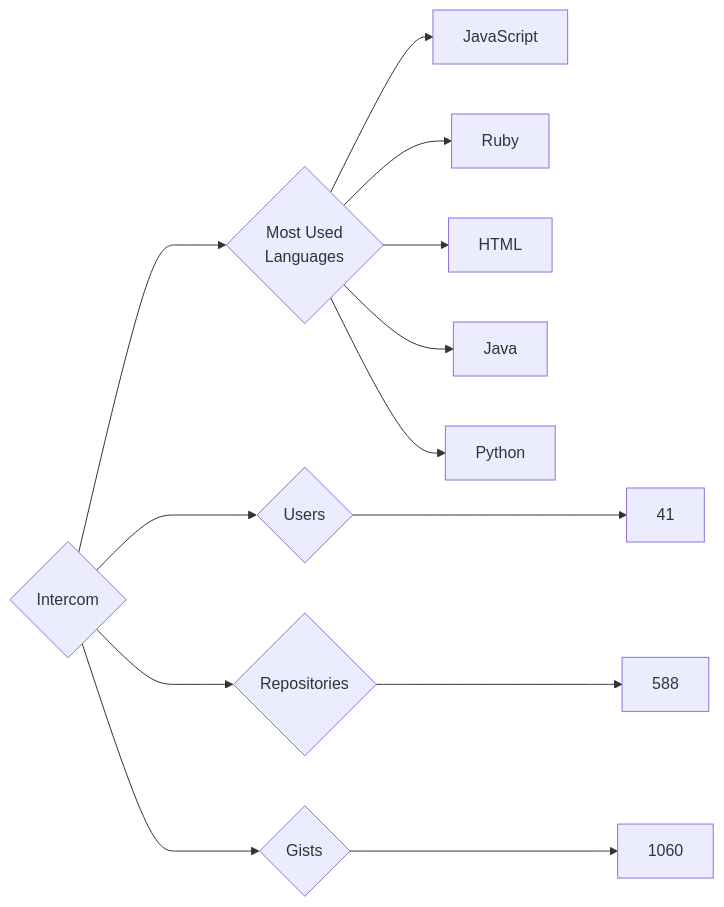
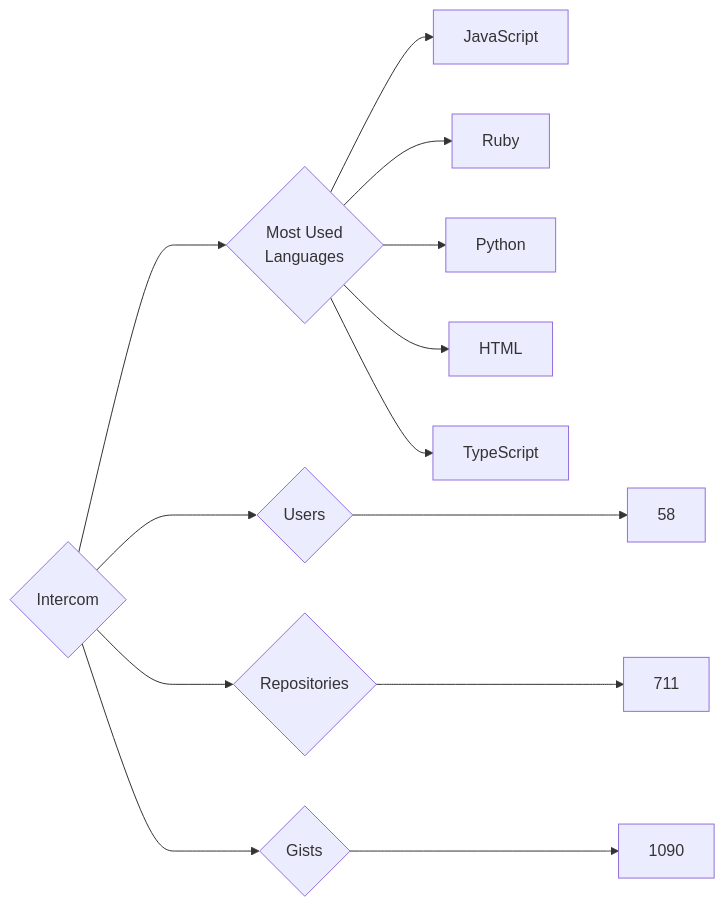
The diagram in targets/Intercom/README.md (trickest/insiders), drawn with Mermaid before and after one commit. The commit also changed 900 other files, not shown here.

````diff
--- a/targets/Intercom/README.md
+++ b/targets/Intercom/README.md
@@ -3,13 +3,13 @@
 ```mermaid
 graph LR
 COMPANY_NAME{Intercom}
-COMPANY_NAME ---> U{Users} ---> UN[41]
-COMPANY_NAME ---> R{Repositories} ---> RN[588]
-COMPANY_NAME ---> G{Gists} ---> GN[1060]
+COMPANY_NAME ---> U{Users} ---> UN[58]
+COMPANY_NAME ---> R{Repositories} ---> RN[711]
+COMPANY_NAME ---> G{Gists} ---> GN[1090]
 COMPANY_NAME ---> ML{Most Used<br>Languages}
 ML --> JavaScript[JavaScript]
 ML --> Ruby[Ruby]
+ML --> Python[Python]
 ML --> HTML[HTML]
-ML --> Java[Java]
-ML --> Python[Python]
+ML --> TypeScript[TypeScript]
 ```
````
